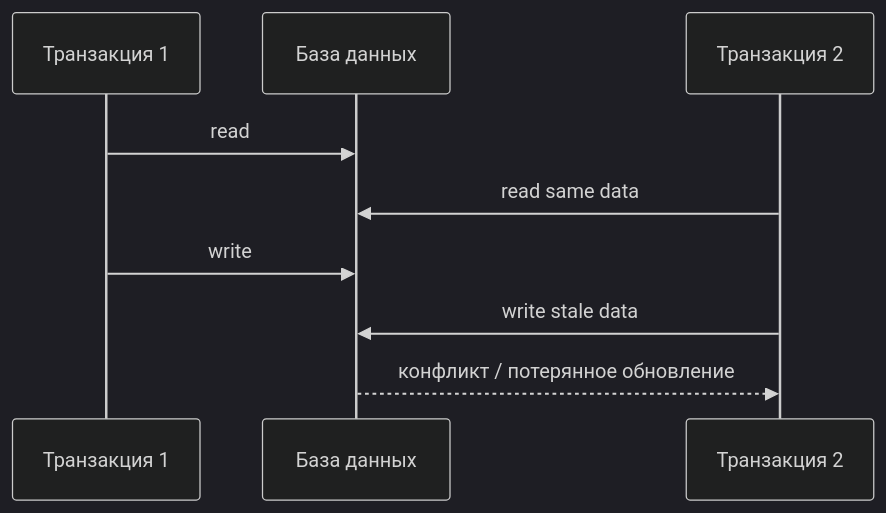
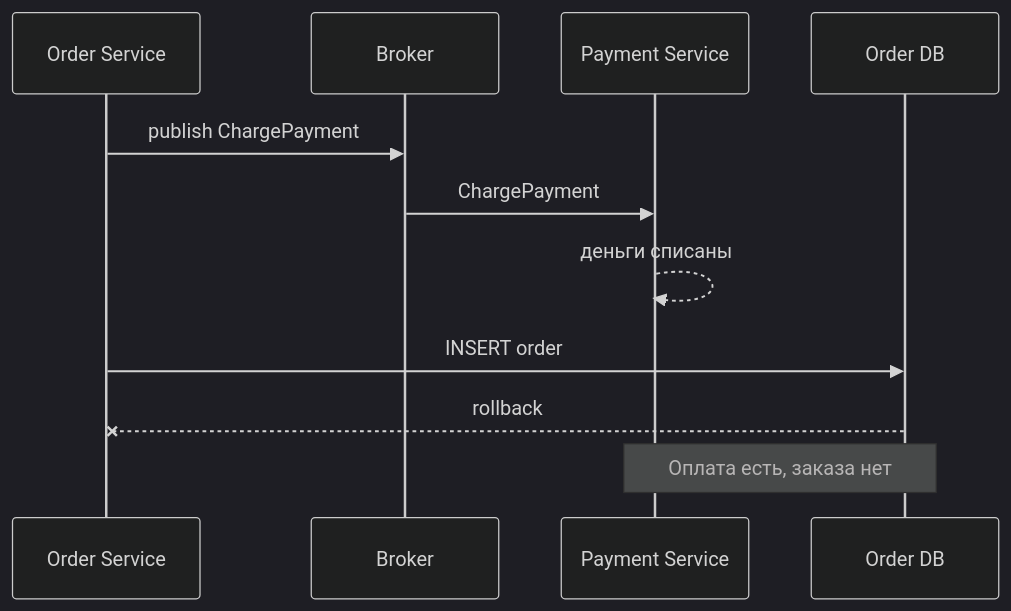
Before and after one commit to Kert0n/KPO: the fifth of 14 diagrams in lectures/Lec12/vitepress.md, drawn with Mermaid (dark theme). The commit also changed other lines of this file and 9 other files, not shown here.

````diff
--- a/lectures/Lec12/vitepress.md
+++ b/lectures/Lec12/vitepress.md
@@ -73,11 +201,14 @@
 ```mermaid
 sequenceDiagram
-    participant T1 as Транзакция 1
-    participant DB as База данных
-    participant T2 as Транзакция 2
-    T1->>DB: read
-    T2->>DB: read same data
-    T1->>DB: write
-    T2->>DB: write stale data
-    DB-->>T2: конфликт / потерянное обновление
+    participant Order as Order Service
+    participant Broker as Broker
+    participant Payment as Payment Service
+    participant DB as Order DB
+
+    Order->>Broker: publish ChargePayment
+    Broker->>Payment: ChargePayment
+    Payment-->>Payment: деньги списаны
+    Order->>DB: INSERT order
+    DB--xOrder: rollback
+    Note over Payment,DB: Оплата есть, заказа нет
 ```
````
